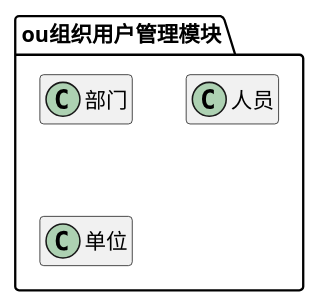
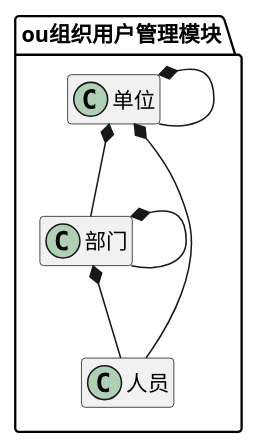
The sixth of 6 diagrams in ibizpms-docs/src/main/doc/v1/module/module_index.md (zj335841911/nt_chandao), drawn with PlantUML before and after one commit. The commit also changed 35 other files, not shown here.

```diff
--- a/ibizpms-docs/src/main/doc/v1/module/module_index.md
+++ b/ibizpms-docs/src/main/doc/v1/module/module_index.md
@@ -785,20 +785,35 @@
 {% plantuml %}
 
 package ou组织用户管理模块 {
 
 class 部门 {
 }
 
 class 人员 {
 }
 
 class 单位 {
 }
 
 
+部门 *-- 人员 
+
+
+单位 *-- 人员 
+
+
+部门 *-- 部门 
+
+
+单位 *-- 部门 
+
+
+单位 *-- 单位 
+
+
 
 }
 
 hide members
 
 {% endplantuml %}
```
